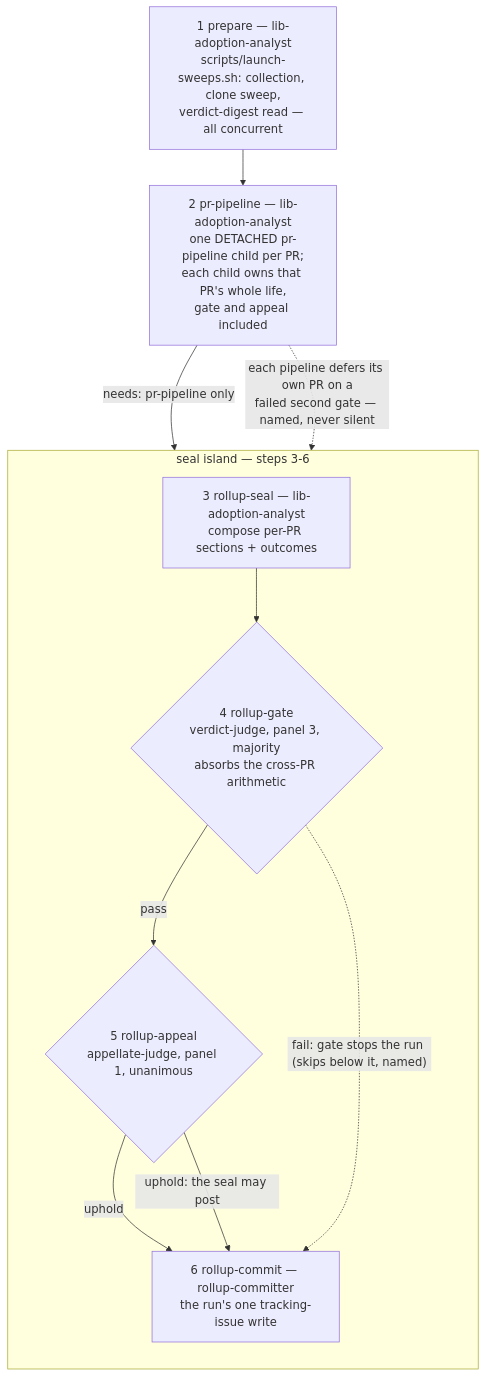
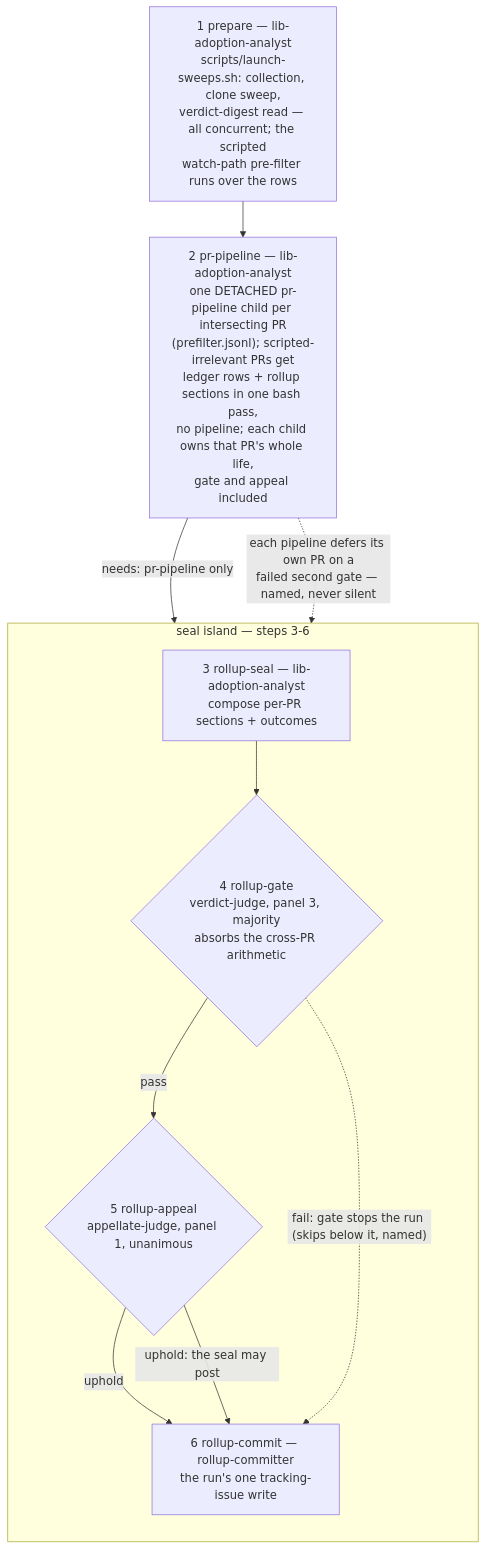
Before and after one commit to ahmedhosnypro/craft-libs-adoption: the tenth of 12 diagrams in docs/workflow-diagrams.md, drawn with Mermaid. The commit also changed other lines of this file and 5 other files, not shown here.

````diff
--- a/docs/workflow-diagrams.md
+++ b/docs/workflow-diagrams.md
@@ -305,16 +306,16 @@
 ```mermaid
 flowchart TD
-    P["1 prepare — lib-adoption-analyst<br/>scripts/launch-sweeps.sh: collection, clone sweep,<br/>verdict-digest read — all concurrent"] --> Q["2 pr-pipeline — lib-adoption-analyst<br/>one DETACHED pr-pipeline child per PR;<br/>each child owns that PR's whole life,<br/>gate and appeal included"]
+    P["1 prepare — lib-adoption-analyst<br/>scripts/launch-sweeps.sh: collection, clone sweep,<br/>verdict-digest read — all concurrent; the scripted<br/>watch-path pre-filter runs over the rows"] --> Q["2 pr-pipeline — lib-adoption-analyst<br/>one DETACHED pr-pipeline child per intersecting PR<br/>(prefilter.jsonl); scripted-irrelevant PRs get<br/>ledger rows + rollup sections in one bash pass,<br/>no pipeline; each child owns that PR's whole life,<br/>gate and appeal included"]
 
     subgraph seal["seal island — steps 3-6"]
         direction TB
         RS["3 rollup-seal — lib-adoption-analyst<br/>compose per-PR sections + outcomes"] --> RG{"4 rollup-gate<br/>verdict-judge, panel 3, majority<br/>absorbs the cross-PR arithmetic"}
         RG -->|pass| RA{"5 rollup-appeal<br/>appellate-judge, panel 1, unanimous"}
         RA -->|uphold| RC["6 rollup-commit — rollup-committer<br/>the run's one tracking-issue write"]
         RG -.->|"fail: gate stops the run (skips below it, named)"| RC
     end
 
     Q -->|"needs: pr-pipeline only"| RS
     RA -->|"uphold: the seal may post"| RC
     Q -.->|"each pipeline defers its own PR on a<br/>failed second gate — named, never silent"| RC
 ```
````
